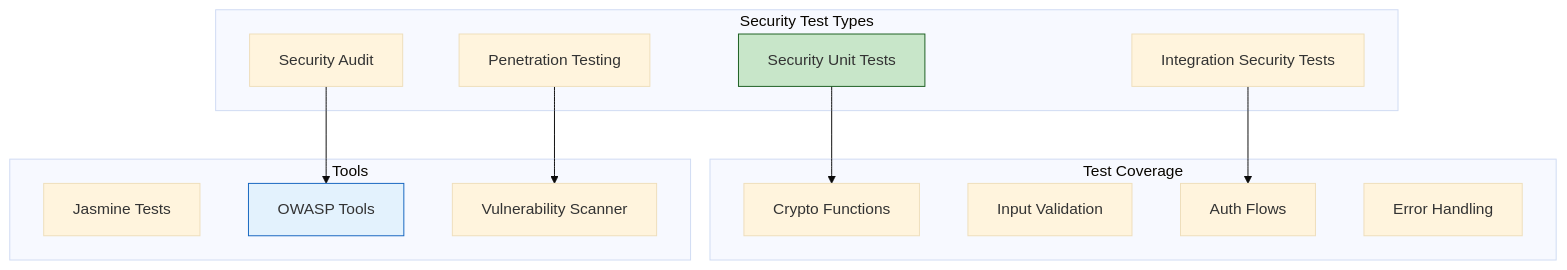
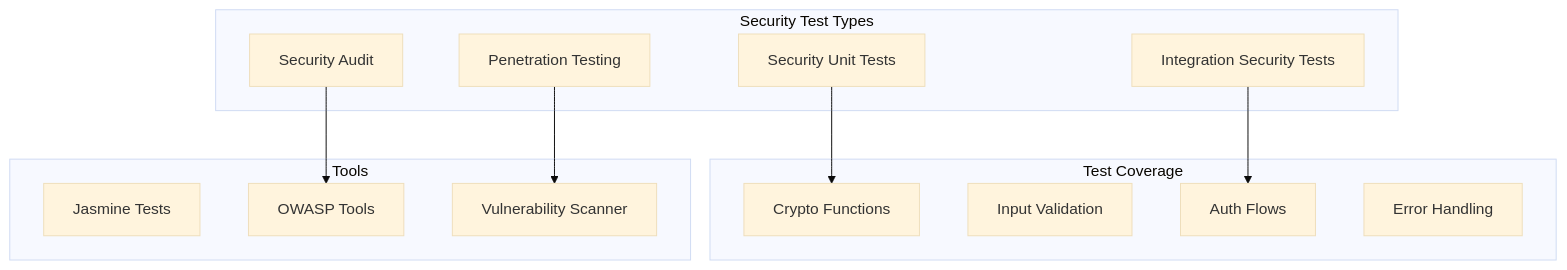
Before and after one commit to o2alexanderfedin/angular-cas-disot: diagram 13 of 14 in docs/architecture/security.md, drawn with Mermaid (base theme). The commit also changed other lines of this file and 18 other files, not shown here.

````diff
--- a/docs/architecture/security.md
+++ b/docs/architecture/security.md
@@ -411,30 +402,30 @@
 ```mermaid
 graph TD
     subgraph "Security Test Types"
         UNIT_SEC[Security Unit Tests]
         INTEGRATION_SEC[Integration Security Tests]
         PENETRATION[Penetration Testing]
         AUDIT[Security Audit]
     end
     
     subgraph "Test Coverage"
         CRYPTO_TEST[Crypto Functions]
         VALID_TEST[Input Validation]
         AUTH_TEST[Auth Flows]
         ERROR_TEST[Error Handling]
     end
     
     subgraph "Tools"
         JASMINE[Jasmine Tests]
         OWASP[OWASP Tools]
         SCANNER[Vulnerability Scanner]
     end
     
     UNIT_SEC --> CRYPTO_TEST
     INTEGRATION_SEC --> AUTH_TEST
     PENETRATION --> SCANNER
     AUDIT --> OWASP
     
-    style UNIT_SEC fill:#c8e6c9,stroke:#1b5e20
-    style OWASP fill:#e3f2fd,stroke:#1565c0
+    
+    
 ```
````
